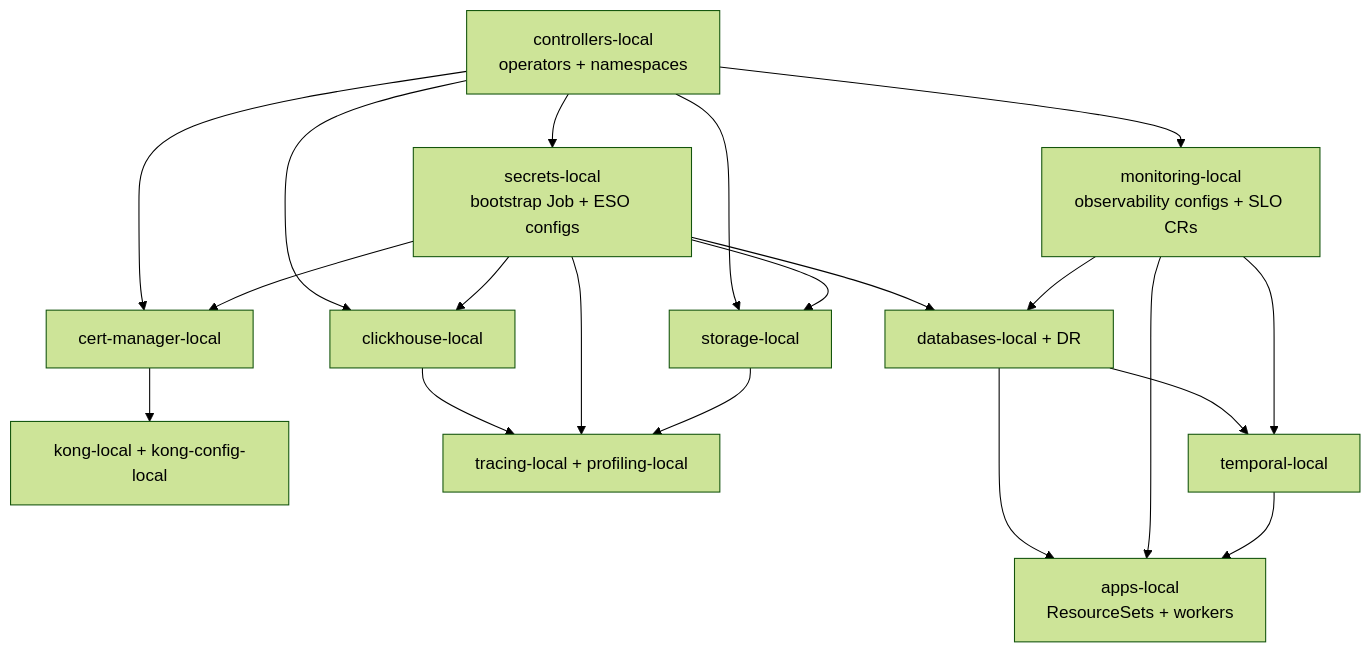
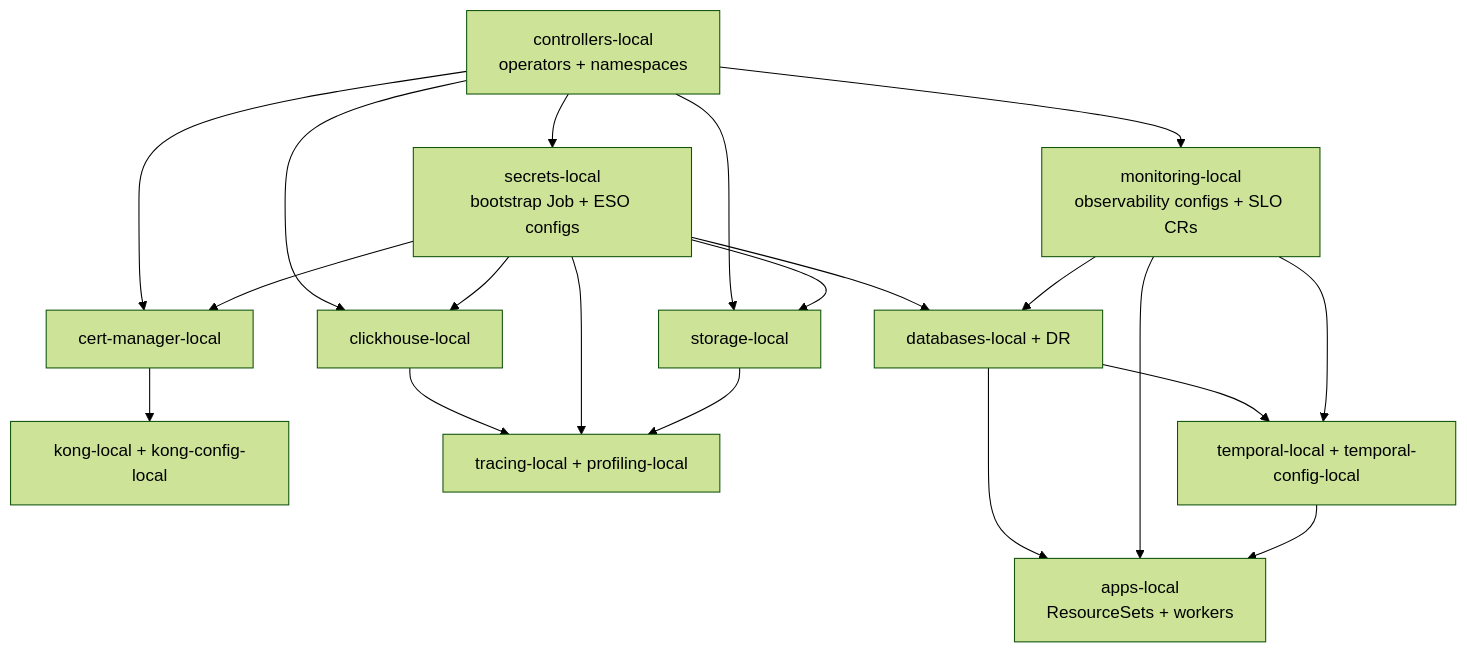
One commit to duynhlab/homelab changed the diagram in docs/platform/README.md. Above: the diagram before and after it, drawn with Mermaid (forest theme). The commit also changed 22 other files, not shown here.

````diff
--- a/docs/platform/README.md
+++ b/docs/platform/README.md
@@ -38,34 +38,34 @@
 ```mermaid
 flowchart TD
     controllers["controllers-local<br/>operators + namespaces"]
     secrets["secrets-local<br/>bootstrap Job + ESO configs"]
     certmgr["cert-manager-local"]
     kong["kong-local + kong-config-local"]
     monitoring["monitoring-local<br/>observability configs + SLO CRs"]
     storage["storage-local"]
     clickhouse["clickhouse-local"]
     tracing["tracing-local + profiling-local"]
     databases["databases-local + DR"]
-    temporal["temporal-local"]
+    temporal["temporal-local + temporal-config-local"]
     apps["apps-local<br/>ResourceSets + workers"]
 
     controllers --> secrets
     controllers --> certmgr
     controllers --> monitoring
     secrets --> certmgr
     certmgr --> kong
     controllers --> storage
     secrets --> storage
     controllers --> clickhouse
     secrets --> clickhouse
     clickhouse --> tracing
     secrets --> tracing
     storage --> tracing
     secrets --> databases
     monitoring --> databases
     databases --> temporal
     monitoring --> temporal
     databases --> apps
     monitoring --> apps
     temporal --> apps
 ```
````
